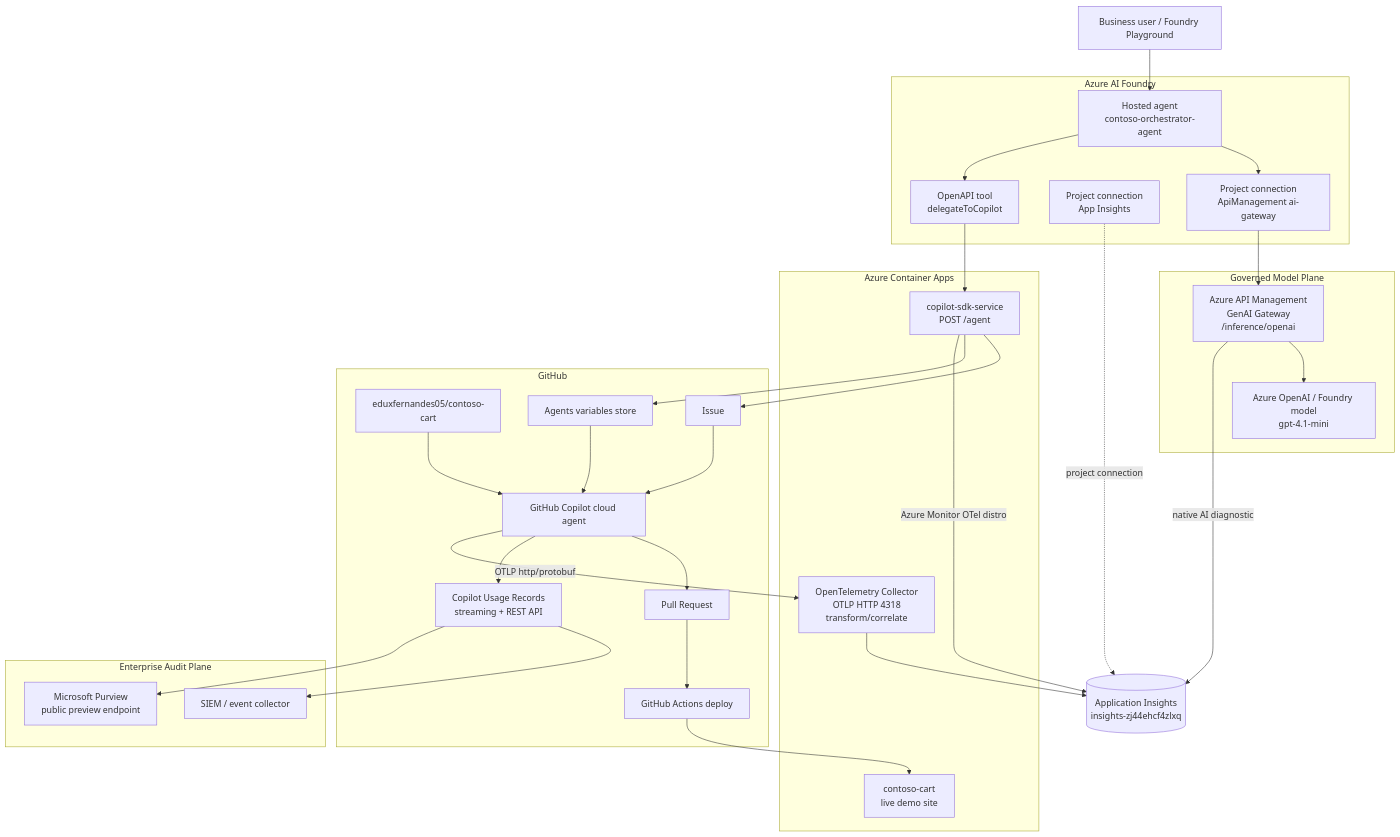
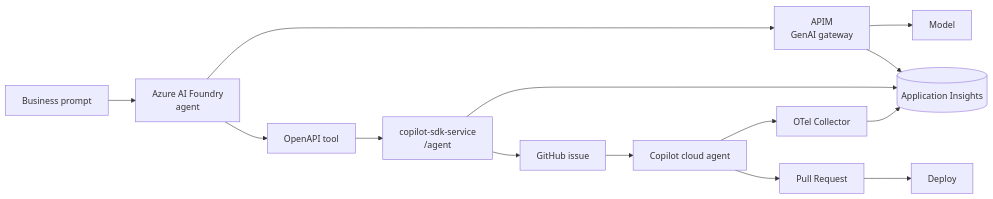
One commit to eduxfernandes05/agentic-sdlc-azure changed the diagram in README.md. Above: the diagram before and after it, drawn with Mermaid. The commit also changed other lines of this file and 12 other files, not shown here.

Commit message:
Restructure repo into clean public showcase

````diff
--- a/README.md
+++ b/README.md
@@ -82,54 +11,10 @@
 ```mermaid
-flowchart TB
-    User["Business user / Foundry Playground"]
-
-    subgraph Foundry["Azure AI Foundry"]
-        Agent["Hosted agent<br/>contoso-orchestrator-agent"]
-        Tool["OpenAPI tool<br/>delegateToCopilot"]
-        FoundryAI["Project connection<br/>App Insights"]
-        FoundryAPIM["Project connection<br/>ApiManagement ai-gateway"]
-    end
-
-    subgraph Gateway["Governed Model Plane"]
-        APIM["Azure API Management<br/>GenAI Gateway<br/>/inference/openai"]
-        Model["Azure OpenAI / Foundry model<br/>gpt-4.1-mini"]
-    end
-
-    subgraph Runtime["Azure Container Apps"]
-        API["copilot-sdk-service<br/>POST /agent"]
-        Collector["OpenTelemetry Collector<br/>OTLP HTTP 4318<br/>transform/correlate"]
-        Site["contoso-cart<br/>live demo site"]
-    end
-
-    subgraph GitHub["GitHub"]
-        Repo["eduxfernandes05/contoso-cart"]
-        Issue["Issue"]
-        Vars["Agents variables store"]
-        Cloud["GitHub Copilot cloud agent"]
-      Usage["Copilot Usage Records<br/>streaming + REST API"]
-        PR["Pull Request"]
-        Actions["GitHub Actions deploy"]
-    end
-
-    subgraph EnterpriseAudit["Enterprise Audit Plane"]
-      SIEM["SIEM / event collector"]
-      Purview["Microsoft Purview<br/>public preview endpoint"]
-    end
-
-    AI[("Application Insights<br/>insights-zj44ehcf4zlxq")]
-
-    User --> Agent
-    Agent --> FoundryAPIM --> APIM --> Model
-    Agent --> Tool --> API
-    API --> Issue --> Cloud --> PR --> Actions --> Site
-    API --> Vars --> Cloud
-    Repo --> Cloud
-    Cloud --> Usage
-    Usage --> SIEM
-    Usage --> Purview
-
-    APIM -- "native AI diagnostic" --> AI
-    API -- "Azure Monitor OTel distro" --> AI
-    Cloud -- "OTLP http/protobuf" --> Collector --> AI
-    FoundryAI -. "project connection" .-> AI
+flowchart LR
+    U["Business prompt"] --> F["Azure AI Foundry<br/>agent"]
+    F --> A["APIM<br/>GenAI gateway"] --> M["Model"]
+    F --> T["OpenAPI tool"] --> API["copilot-sdk-service<br/>/agent"]
+    API --> I["GitHub issue"] --> C["Copilot cloud agent"] --> PR["Pull Request"] --> D["Deploy"]
+    A --> AI[("Application Insights")]
+    API --> AI
+    C --> OT["OTel Collector"] --> AI
 ```
````
